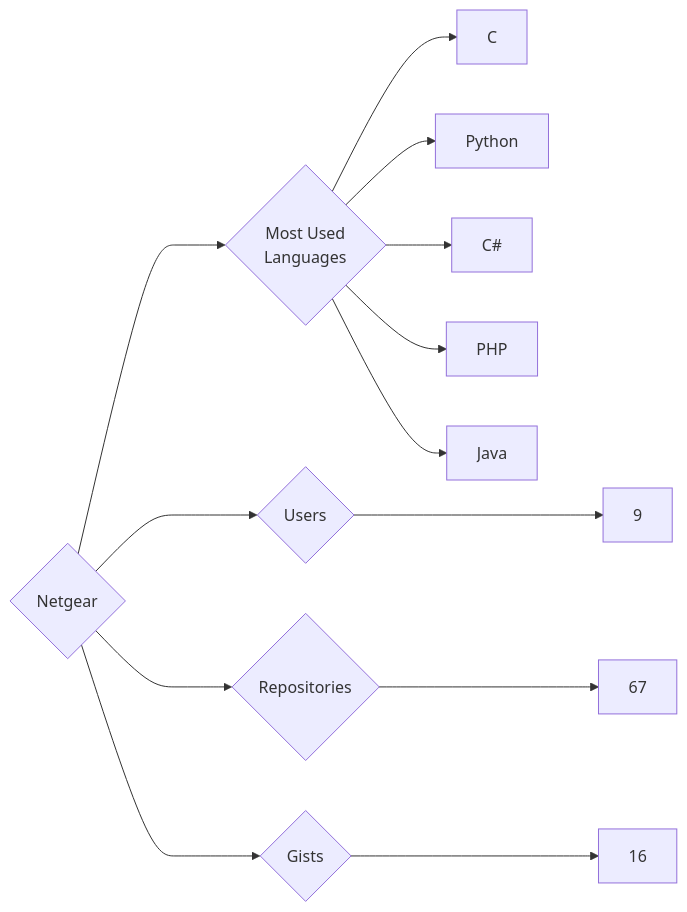
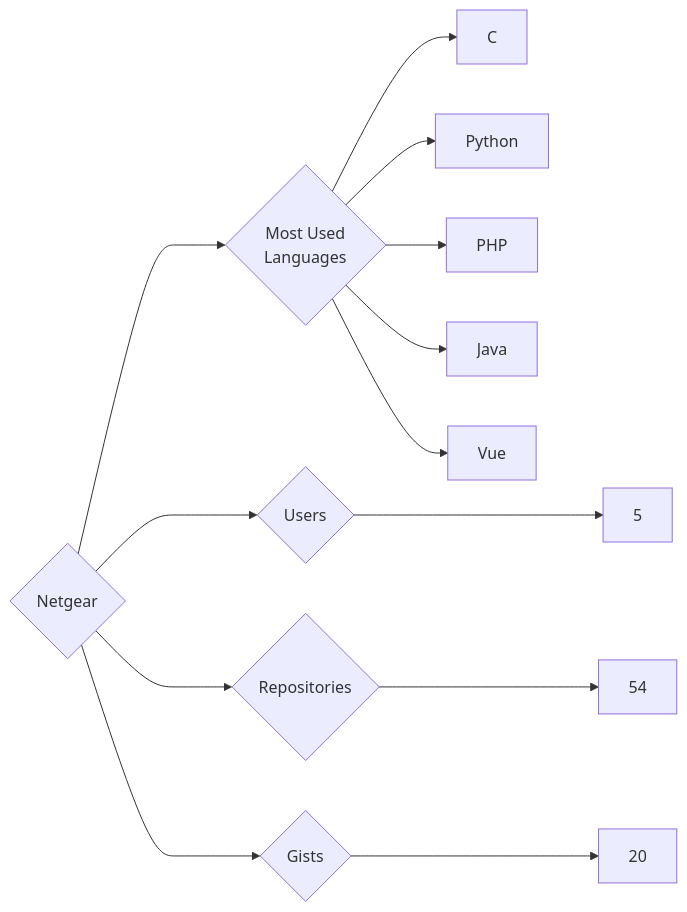
The diagram in targets/Netgear/README.md (trickest/insiders), drawn with Mermaid before and after one commit. The commit also changed 815 other files, not shown here.

````diff
--- a/targets/Netgear/README.md
+++ b/targets/Netgear/README.md
@@ -3,13 +3,13 @@
 ```mermaid
 graph LR
 COMPANY_NAME{Netgear}
-COMPANY_NAME ---> U{Users} ---> UN[9]
-COMPANY_NAME ---> R{Repositories} ---> RN[67]
-COMPANY_NAME ---> G{Gists} ---> GN[16]
+COMPANY_NAME ---> U{Users} ---> UN[5]
+COMPANY_NAME ---> R{Repositories} ---> RN[54]
+COMPANY_NAME ---> G{Gists} ---> GN[20]
 COMPANY_NAME ---> ML{Most Used<br>Languages}
 ML --> C[C]
 ML --> Python[Python]
-ML --> C#[C#]
 ML --> PHP[PHP]
 ML --> Java[Java]
+ML --> Vue[Vue]
 ```
````
